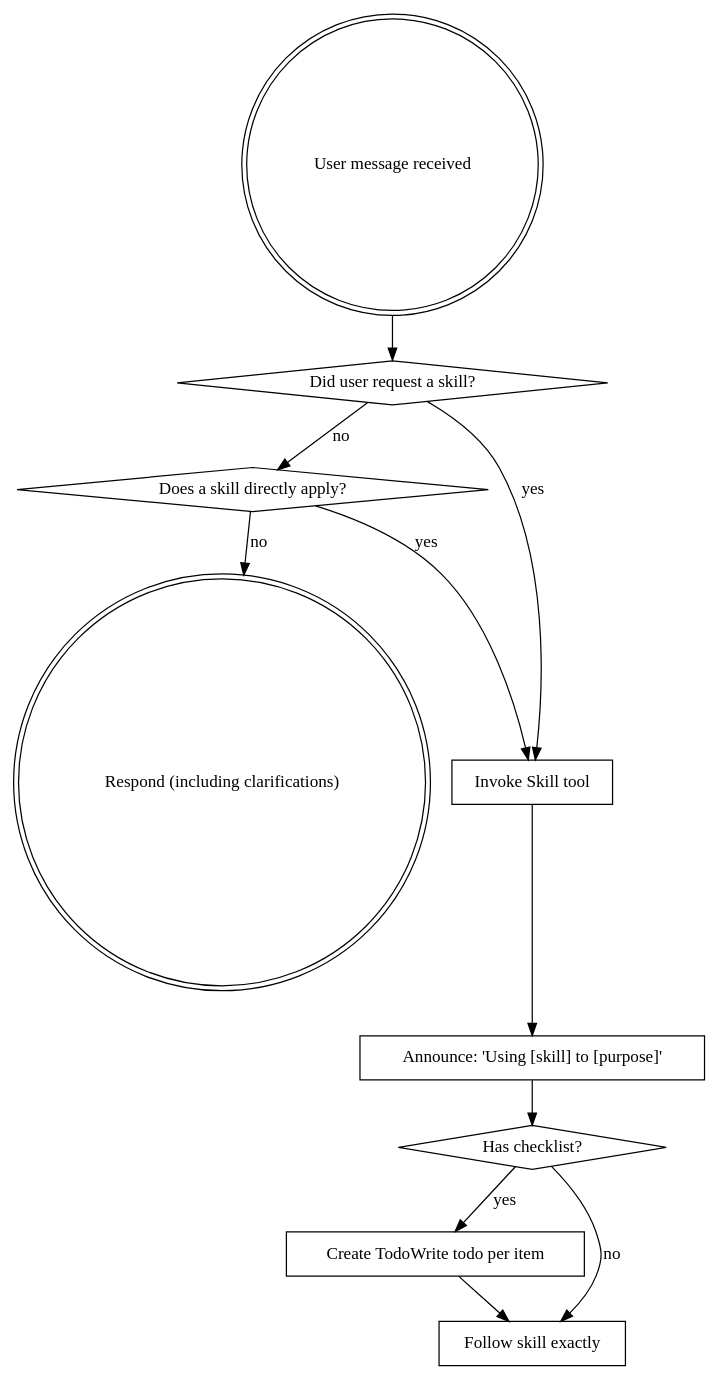
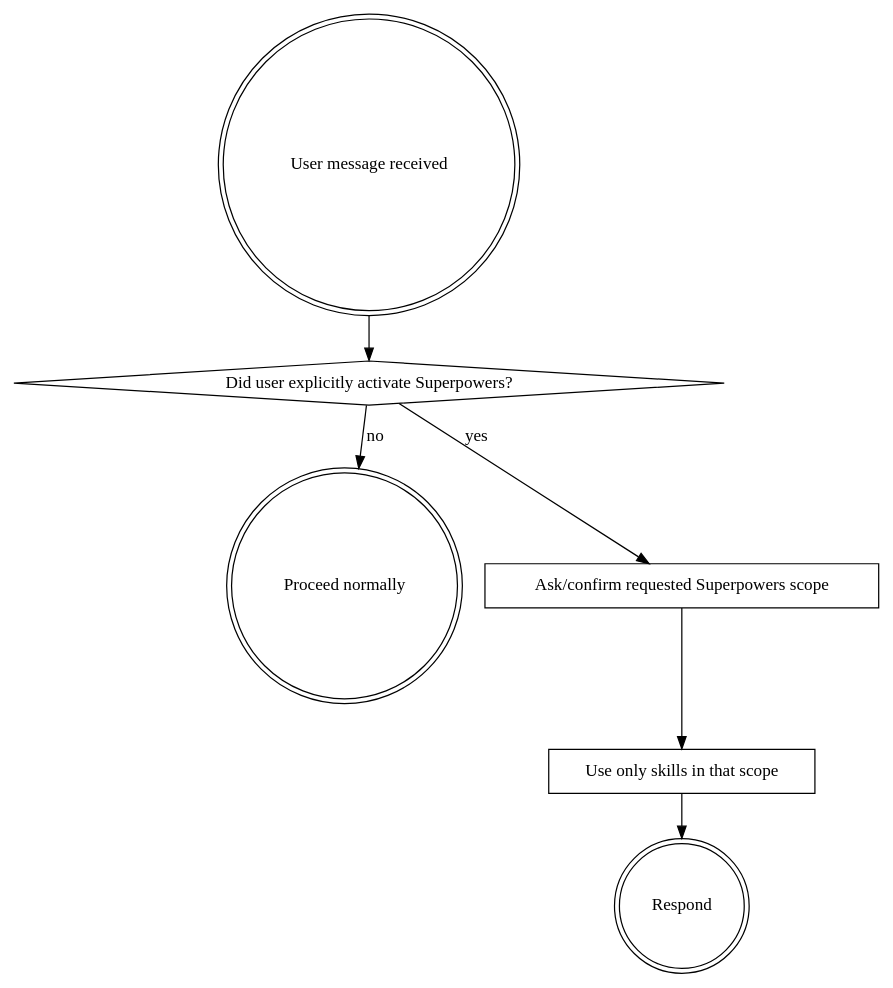
The diagram in configs/agents/skills/using-superpowers/SKILL.md (Ehrax/dotfiles), drawn with Graphviz before and after one commit. The commit also changed other lines of this file and 6 other files, not shown here.

````diff
--- a/configs/agents/skills/using-superpowers/SKILL.md
+++ b/configs/agents/skills/using-superpowers/SKILL.md
@@ -50,24 +54,16 @@
 ```dot
 digraph skill_flow {
     "User message received" [shape=doublecircle];
-    "Did user request a skill?" [shape=diamond];
-    "Does a skill directly apply?" [shape=diamond];
-    "Invoke Skill tool" [shape=box];
-    "Announce: 'Using [skill] to [purpose]'" [shape=box];
-    "Has checklist?" [shape=diamond];
-    "Create TodoWrite todo per item" [shape=box];
-    "Follow skill exactly" [shape=box];
-    "Respond (including clarifications)" [shape=doublecircle];
+    "Did user explicitly activate Superpowers?" [shape=diamond];
+    "Proceed normally" [shape=doublecircle];
+    "Ask/confirm requested Superpowers scope" [shape=box];
+    "Use only skills in that scope" [shape=box];
+    "Respond" [shape=doublecircle];
 
-    "User message received" -> "Did user request a skill?";
-    "Did user request a skill?" -> "Invoke Skill tool" [label="yes"];
-    "Did user request a skill?" -> "Does a skill directly apply?" [label="no"];
-    "Does a skill directly apply?" -> "Invoke Skill tool" [label="yes"];
-    "Does a skill directly apply?" -> "Respond (including clarifications)" [label="no"];
-    "Invoke Skill tool" -> "Announce: 'Using [skill] to [purpose]'";
-    "Announce: 'Using [skill] to [purpose]'" -> "Has checklist?";
-    "Has checklist?" -> "Create TodoWrite todo per item" [label="yes"];
-    "Has checklist?" -> "Follow skill exactly" [label="no"];
-    "Create TodoWrite todo per item" -> "Follow skill exactly";
+    "User message received" -> "Did user explicitly activate Superpowers?";
+    "Did user explicitly activate Superpowers?" -> "Ask/confirm requested Superpowers scope" [label="yes"];
+    "Did user explicitly activate Superpowers?" -> "Proceed normally" [label="no"];
+    "Ask/confirm requested Superpowers scope" -> "Use only skills in that scope";
+    "Use only skills in that scope" -> "Respond";
 }
 ```
````
